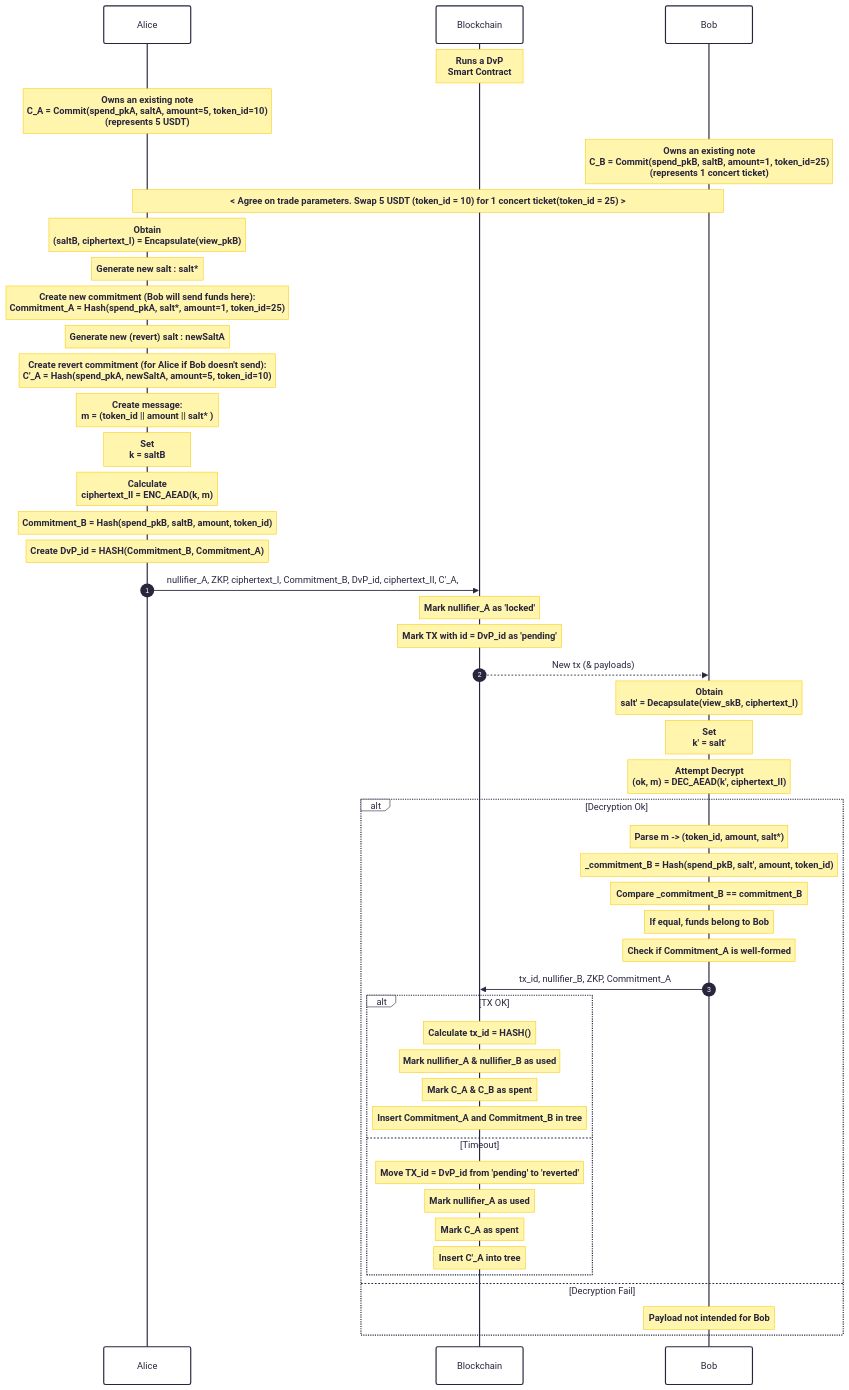
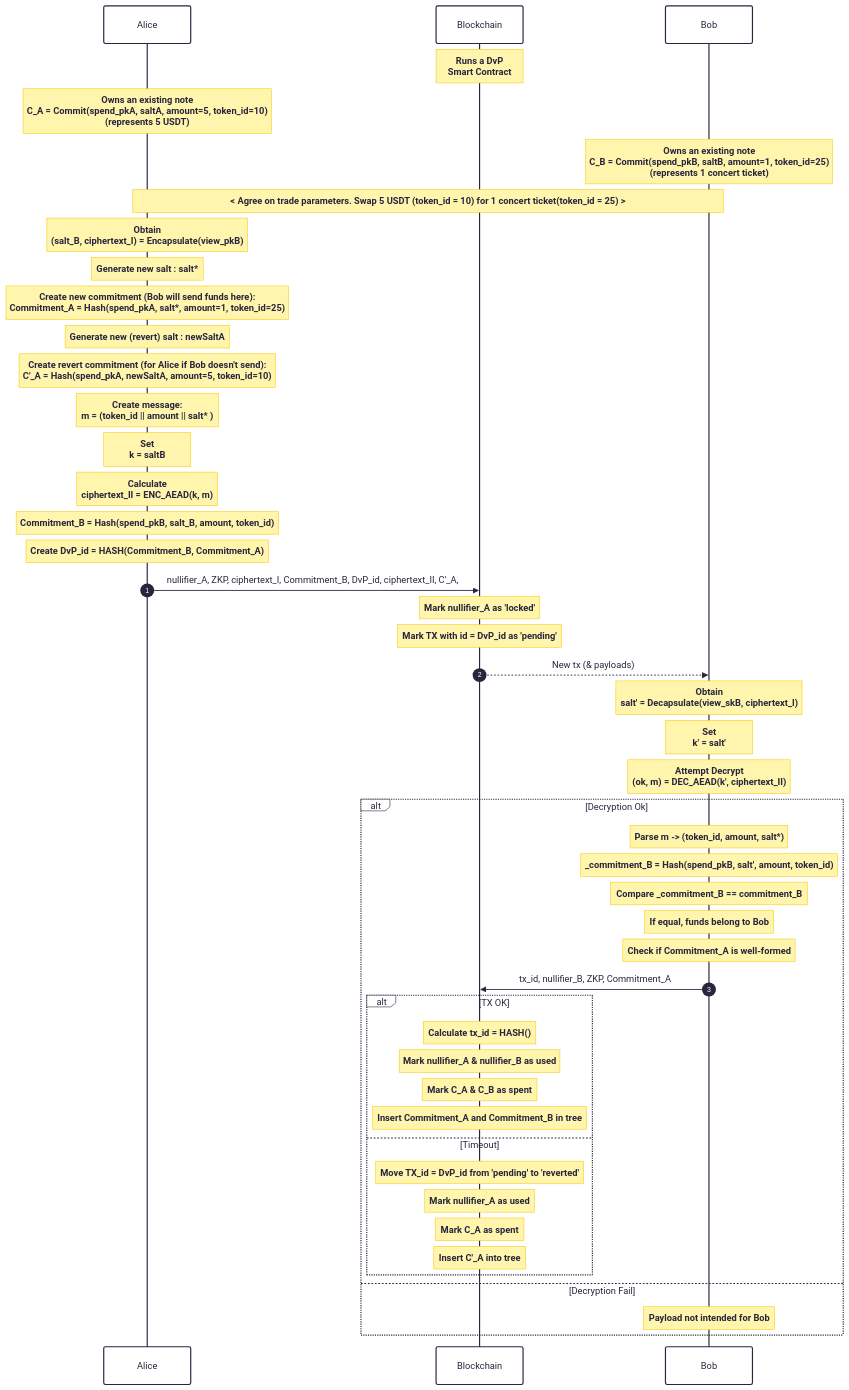
One commit to yaksetig/Enygma changed the fourth of 4 diagrams in enygma_dvp/protocol_description.md. Above: the diagram before and after it, drawn with Mermaid.

````diff
--- a/enygma_dvp/protocol_description.md
+++ b/enygma_dvp/protocol_description.md
@@ -119,77 +119,77 @@
 ```mermaid
 ---
 config:
   theme: redux
 ---
 sequenceDiagram
     autonumber
     participant Alice
     participant Chain as Blockchain
     participant Bob
 
     note over Chain: Runs a DvP<br>Smart Contract
 
     Note over Alice: Owns an existing note<br>C_A = Commit(spend_pkA, saltA, amount=5, token_id=10)<br>(represents 5 USDT)
     Note over Bob: Owns an existing note<br>C_B = Commit(spend_pkB, saltB, amount=1, token_id=25)<br>(represents 1 concert ticket)
 
     note over Alice, Bob: < Agree on trade parameters. Swap 5 USDT (token_id = 10) for 1 concert ticket(token_id = 25) > 
 
-    note over Alice: Obtain <br>(saltB, ciphertext_I) = Encapsulate(view_pkB)
+    note over Alice: Obtain <br>(salt_B, ciphertext_I) = Encapsulate(view_pkB)
 
     note over Alice: Generate new salt : salt*
     note over Alice: Create new commitment (Bob will send funds here): <br>Commitment_A = Hash(spend_pkA, salt*, amount=1, token_id=25)
     
     note over Alice: Generate new (revert) salt : newSaltA
     note over Alice: Create revert commitment (for Alice if Bob doesn't send): <br>C'_A = Hash(spend_pkA, newSaltA, amount=5, token_id=10)
 
     
 
     note over Alice: Create message:<br> m = (token_id || amount || salt* )
     note over Alice: Set<br> k = saltB
 
     note over Alice: Calculate<br> ciphertext_II = ENC_AEAD(k, m)
 
-    note over Alice: Commitment_B = Hash(spend_pkB, saltB, amount, token_id)
+    note over Alice: Commitment_B = Hash(spend_pkB, salt_B, amount, token_id)
 
     note over Alice: Create DvP_id = HASH(Commitment_B, Commitment_A)
 
     Alice->>Chain: nullifier_A, ZKP, ciphertext_I, Commitment_B, DvP_id, ciphertext_II, C'_A,
 
     Note over Chain: Mark nullifier_A as 'locked'
     Note over Chain: Mark TX with id = DvP_id as 'pending'
 
     Chain-->>Bob: New tx (& payloads)
 
     note over Bob: Obtain<br>salt' = Decapsulate(view_skB, ciphertext_I)
     note over Bob: Set<br> k' = salt'
     note over Bob: Attempt Decrypt<br>(ok, m) = DEC_AEAD(k', ciphertext_II)
 
     alt Decryption Ok
         Note over Bob: Parse m -> (token_id, amount, salt*)
         Note over Bob: _commitment_B = Hash(spend_pkB, salt', amount, token_id)
         Note over Bob: Compare _commitment_B == commitment_B
         
         Note over Bob: If equal, funds belong to Bob
 
         Note over Bob: Check if Commitment_A is well-formed
 
         Bob ->> Chain: tx_id, nullifier_B, ZKP, Commitment_A
 
         alt TX OK
             Note over Chain: Calculate tx_id = HASH()
             Note over Chain: Mark nullifier_A & nullifier_B as used 
             Note over Chain: Mark C_A & C_B as spent
 
             Note over Chain: Insert Commitment_A and Commitment_B in tree
         else Timeout
             Note over Chain: Move TX_id = DvP_id from 'pending' to 'reverted'
             Note over Chain: Mark nullifier_A as used 
             Note over Chain: Mark C_A as spent
             Note over Chain: Insert C'_A into tree
         end
 
     else Decryption Fail
         Note over Bob: Payload not intended for Bob
     end
 
 ```
````
